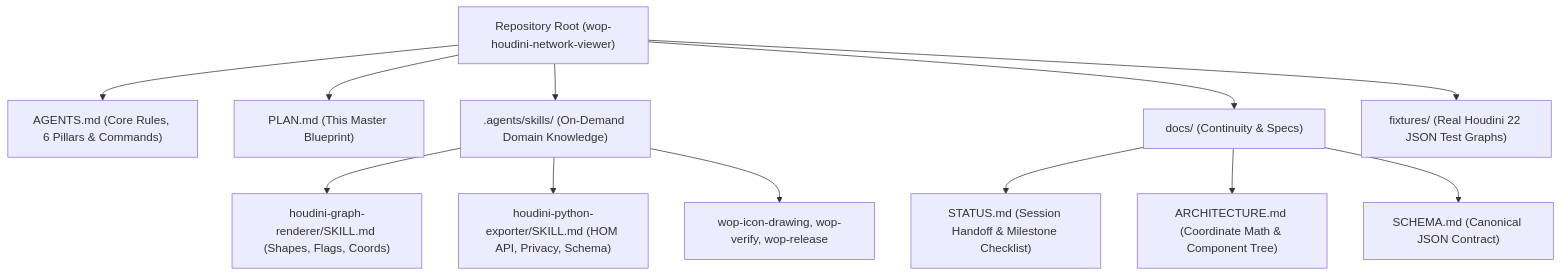
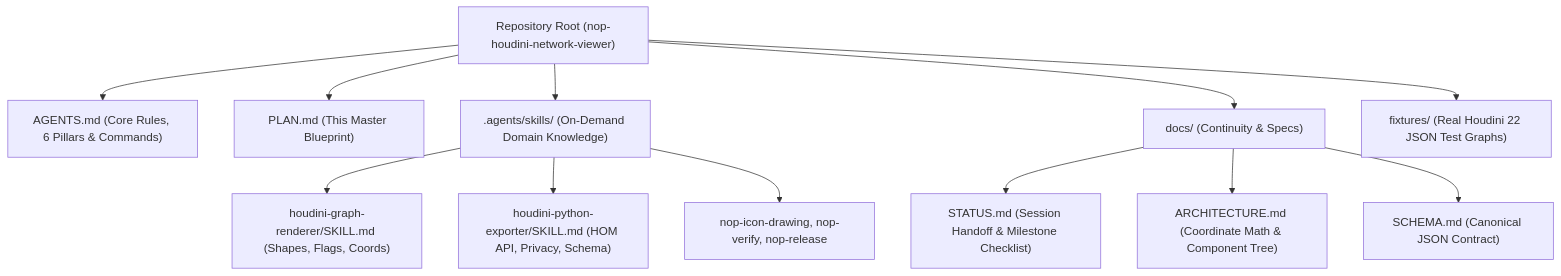
One commit to emil-judin/nop-houdini-network-viewer changed the diagram in PLAN.md. Above: the diagram before and after it, drawn with Mermaid. The commit also changed other lines of this file and 101 other files, not shown here.

First line of the commit message:
Rename WOP to NOP

````diff
--- a/PLAN.md
+++ b/PLAN.md
@@ -41,17 +41,17 @@
 ```mermaid
 flowchart TD
-    Root["Repository Root (wop-houdini-network-viewer)"]
+    Root["Repository Root (nop-houdini-network-viewer)"]
     Root --> AgentsMD["AGENTS.md (Core Rules, 6 Pillars & Commands)"]
     Root --> PlanMD["PLAN.md (This Master Blueprint)"]
     Root --> AgentSkills[".agents/skills/ (On-Demand Domain Knowledge)"]
     Root --> Docs["docs/ (Continuity & Specs)"]
     Root --> Fixtures["fixtures/ (Real Houdini 22 JSON Test Graphs)"]
     
     AgentSkills --> S1["houdini-graph-renderer/SKILL.md (Shapes, Flags, Coords)"]
     AgentSkills --> S2["houdini-python-exporter/SKILL.md (HOM API, Privacy, Schema)"]
-    AgentSkills --> S3["wop-icon-drawing, wop-verify, wop-release"]
+    AgentSkills --> S3["nop-icon-drawing, nop-verify, nop-release"]
     
     Docs --> Status["STATUS.md (Session Handoff & Milestone Checklist)"]
     Docs --> Arch["ARCHITECTURE.md (Coordinate Math & Component Tree)"]
     Docs --> SchemaDoc["SCHEMA.md (Canonical JSON Contract)"]
 ```
````
